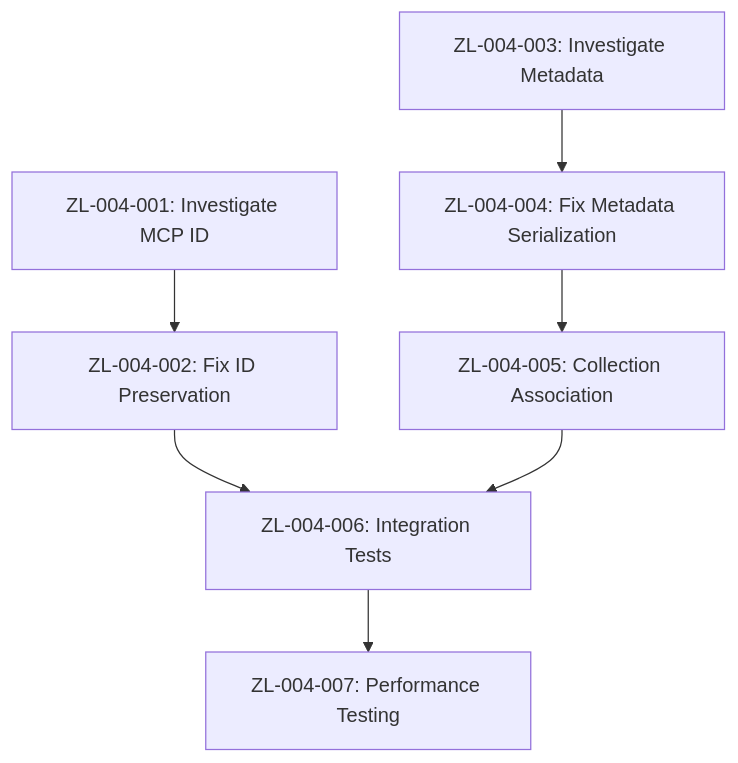
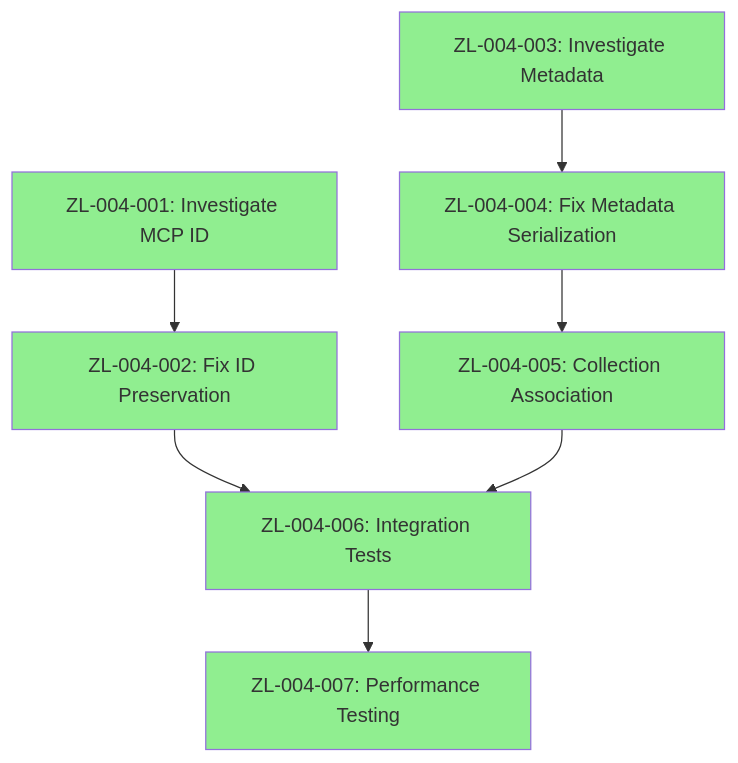
One commit to doylet/docsearch changed the diagram in docs/sprint/sprint-004-metadata-collection-management-issues.md. Above: the diagram before and after it, drawn with Mermaid. The commit also changed other lines of this file, not shown here.

````diff
--- a/docs/sprint/sprint-004-metadata-collection-management-issues.md
+++ b/docs/sprint/sprint-004-metadata-collection-management-issues.md
@@ -187,9 +200,17 @@
 ```mermaid
 graph TD
     A[ZL-004-001: Investigate MCP ID] --> B[ZL-004-002: Fix ID Preservation]
     C[ZL-004-003: Investigate Metadata] --> D[ZL-004-004: Fix Metadata Serialization]
     D --> E[ZL-004-005: Collection Association]
     B --> F[ZL-004-006: Integration Tests]
     E --> F
     F --> G[ZL-004-007: Performance Testing]
+    
+    style A fill:#90EE90
+    style B fill:#90EE90
+    style C fill:#90EE90
+    style D fill:#90EE90
+    style E fill:#90EE90
+    style F fill:#90EE90
+    style G fill:#90EE90
 ```
````
